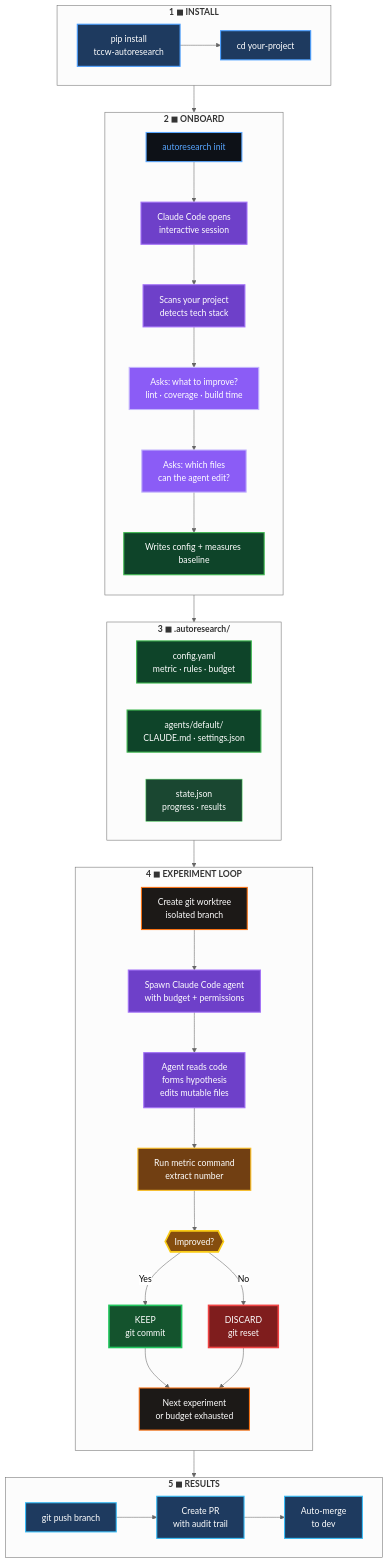
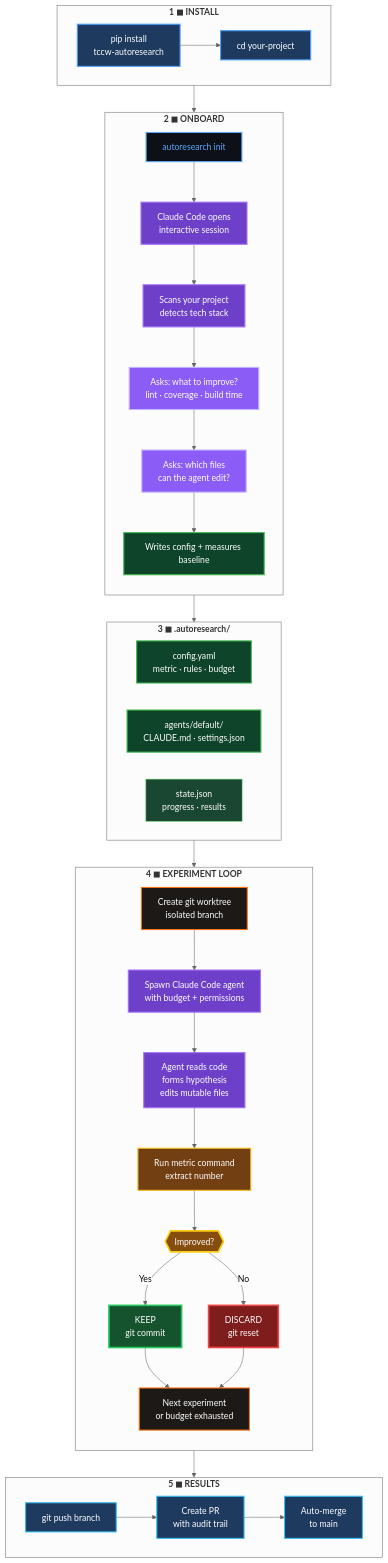
The diagram in README.md (The-Cloud-Clock-Work/tccw-autoresearch), drawn with Mermaid (neutral theme) before and after one commit. The commit also changed other lines of this file, not shown here.

Commit message:
fix: README review — remove stale loop reference, fix auto-merge target, deduplicate heading

````diff
--- a/README.md
+++ b/README.md
@@ -23,69 +23,69 @@
 ```mermaid
 flowchart TD
     subgraph INSTALL["<b>1 ◼ INSTALL</b>"]
         direction LR
         A1["pip install<br/>tccw-autoresearch"]:::install
         A2["cd your-project"]:::install
         A1 --> A2
     end
 
     subgraph ONBOARD["<b>2 ◼ ONBOARD</b>"]
         direction TB
         B1["autoresearch init"]:::cmd
         B2["Claude Code opens<br/>interactive session"]:::claude
         B3["Scans your project<br/>detects tech stack"]:::claude
         B4["Asks: what to improve?<br/>lint · coverage · build time"]:::question
         B5["Asks: which files<br/>can the agent edit?"]:::question
         B6["Writes config + measures baseline"]:::config
         B1 --> B2 --> B3 --> B4 --> B5 --> B6
     end
 
     subgraph CONFIG["<b>3 ◼ .autoresearch/</b>"]
         direction LR
         C1["config.yaml<br/>metric · rules · budget"]:::config
         C2["agents/default/<br/>CLAUDE.md · settings.json"]:::config
         C3["state.json<br/>progress · results"]:::state
     end
 
     subgraph ENGINE["<b>4 ◼ EXPERIMENT LOOP</b>"]
         direction TB
         D1["Create git worktree<br/>isolated branch"]:::engine
         D2["Spawn Claude Code agent<br/>with budget + permissions"]:::claude
         D3["Agent reads code<br/>forms hypothesis<br/>edits mutable files"]:::claude
         D4["Run metric command<br/>extract number"]:::metric
         D5{{"Improved?"}}:::decision
         D6["KEEP<br/>git commit"]:::keep
         D7["DISCARD<br/>git reset"]:::discard
         D1 --> D2 --> D3 --> D4 --> D5
         D5 -->|"Yes"| D6
         D5 -->|"No"| D7
         D6 --> D8
         D7 --> D8["Next experiment<br/>or budget exhausted"]:::engine
     end
 
     subgraph PUBLISH["<b>5 ◼ RESULTS</b>"]
         direction LR
         E1["git push branch"]:::publish
         E2["Create PR<br/>with audit trail"]:::publish
-        E3["Auto-merge<br/>to dev"]:::publish
+        E3["Auto-merge<br/>to main"]:::publish
         E1 --> E2 --> E3
     end
 
     INSTALL --> ONBOARD
     ONBOARD --> CONFIG
     CONFIG --> ENGINE
     ENGINE --> PUBLISH
 
     classDef install fill:#1e3a5f,stroke:#4a9eff,color:#fff,stroke-width:2px
     classDef cmd fill:#0d1117,stroke:#58a6ff,color:#58a6ff,stroke-width:2px
     classDef claude fill:#6e40c9,stroke:#a371f7,color:#fff,stroke-width:2px
     classDef question fill:#8b5cf6,stroke:#c4b5fd,color:#fff,stroke-width:2px
     classDef config fill:#0e4429,stroke:#3fb950,color:#fff,stroke-width:2px
     classDef state fill:#1a4731,stroke:#56d364,color:#fff,stroke-width:1px
     classDef engine fill:#1c1917,stroke:#f97316,color:#fff,stroke-width:2px
     classDef metric fill:#713f12,stroke:#fbbf24,color:#fff,stroke-width:2px
     classDef decision fill:#854d0e,stroke:#facc15,color:#fff,stroke-width:3px
     classDef keep fill:#14532d,stroke:#22c55e,color:#fff,stroke-width:3px
     classDef discard fill:#7f1d1d,stroke:#ef4444,color:#fff,stroke-width:3px
     classDef publish fill:#1e3a5f,stroke:#38bdf8,color:#fff,stroke-width:2px
 ```
````
